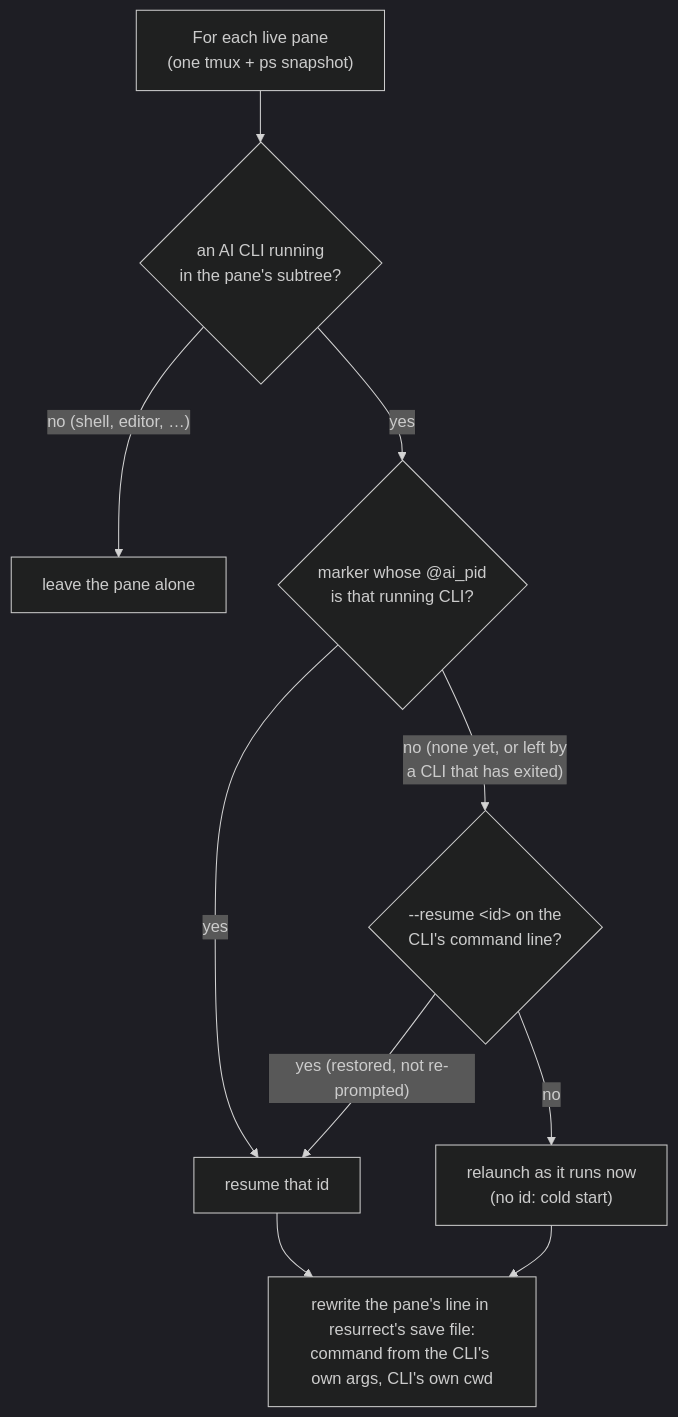
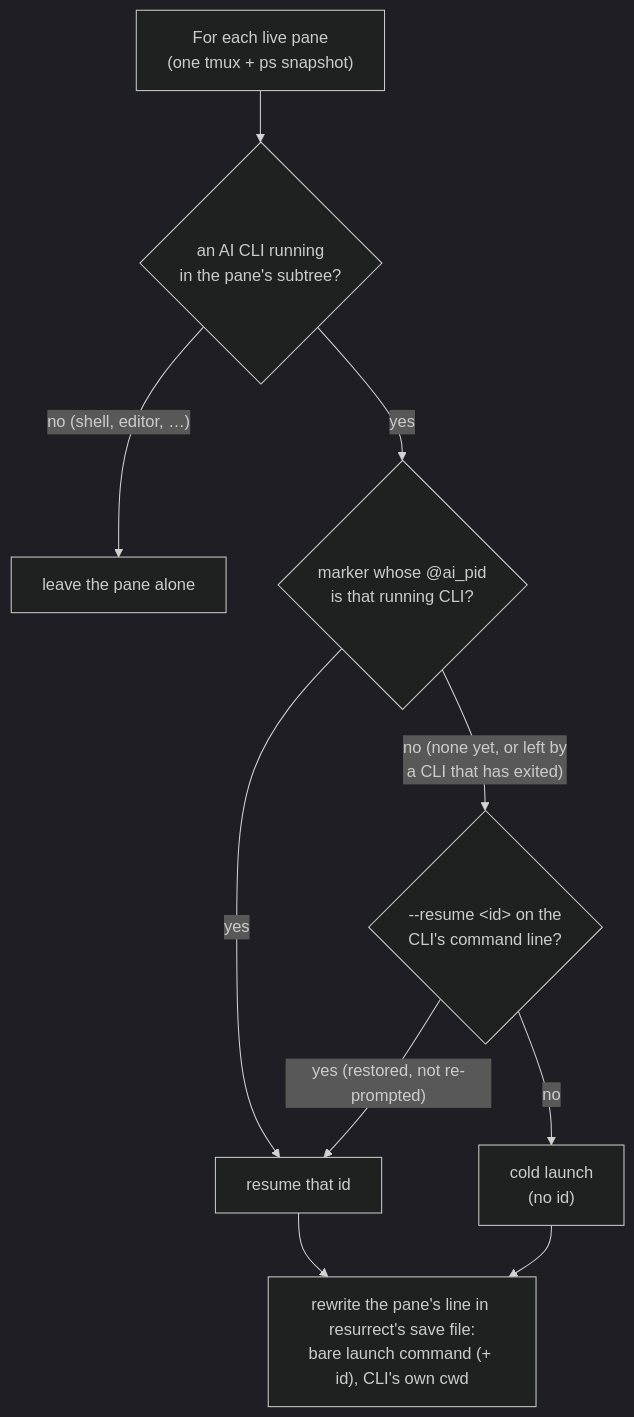
The second of 3 diagrams in README.md (harnessed-ai/tmux-ai-sessions-restore), drawn with Mermaid (dark theme) before and after one commit. The commit also changed other lines of this file and 7 other files, not shown here.

First line of the commit message:
Restore with a bare resume command; make the cold fallback opt-in

````diff
--- a/README.md
+++ b/README.md
@@ -81,12 +84,12 @@
 ```mermaid
 flowchart TD
     start["For each live pane<br/>(one tmux + ps snapshot)"] --> q0{"an AI CLI running<br/>in the pane's subtree?"}
     q0 -->|"no (shell, editor, …)"| skip["leave the pane alone"]
     q0 -->|yes| q1{"marker whose @ai_pid<br/>is that running CLI?"}
     q1 -->|yes| build["resume that id"]
     q1 -->|"no (none yet, or left by<br/>a CLI that has exited)"| q3{"--resume &lt;id&gt; on the<br/>CLI's command line?"}
     q3 -->|"yes (restored, not re-prompted)"| build
-    q3 -->|no| cold["relaunch as it runs now<br/>(no id: cold start)"]
-    build --> write["rewrite the pane's line in resurrect's save file:<br/>command from the CLI's own args, CLI's own cwd"]
+    q3 -->|no| cold["cold launch<br/>(no id)"]
+    build --> write["rewrite the pane's line in resurrect's save file:<br/>bare launch command (+ id), CLI's own cwd"]
     cold --> write
 ```
````
